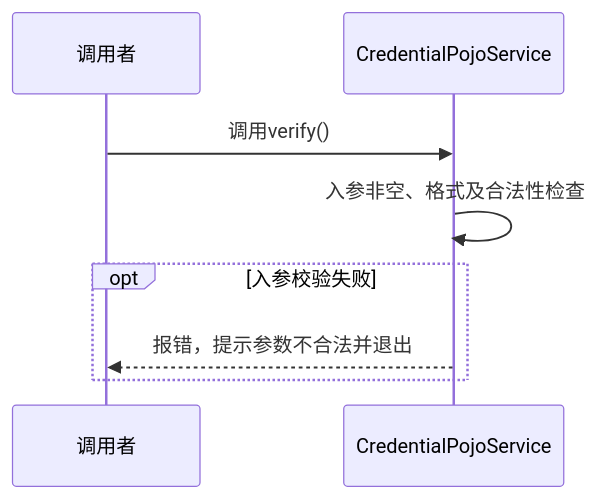
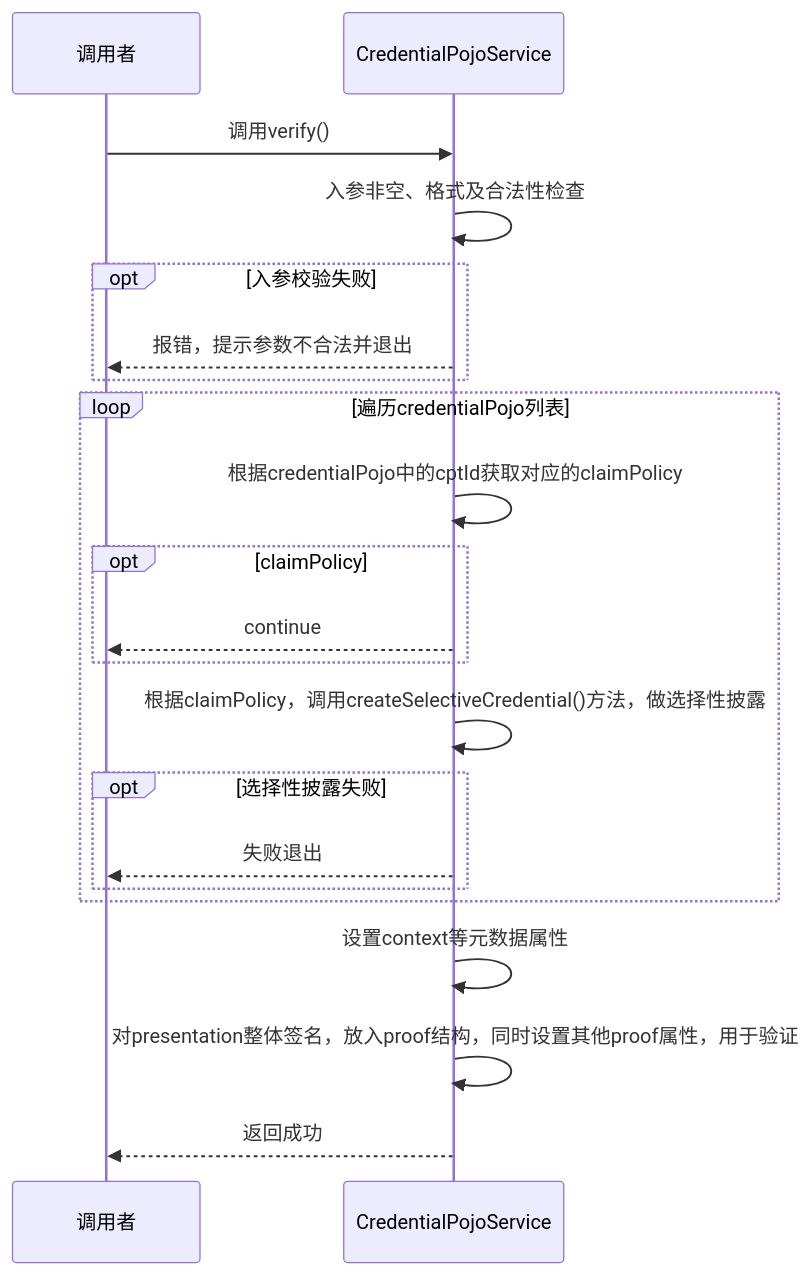
Diagram 31 of 37 in docs/zh_CN/docs/weidentity-java-sdk-doc.rst (WeBankBlockchain/WeIdentity), drawn with Mermaid before and after one commit. The commit also changed other lines of this file, not shown here.

Commit message:
* fix sequence diagram error

```diff
--- a/docs/zh_CN/docs/weidentity-java-sdk-doc.rst
+++ b/docs/zh_CN/docs/weidentity-java-sdk-doc.rst
@@ -9869,11 +9869,24 @@
 .. mermaid::
 
 
    sequenceDiagram
    participant 调用者
    participant CredentialPojoService
    调用者->>CredentialPojoService: 调用verify()
    CredentialPojoService->>CredentialPojoService: 入参非空、格式及合法性检查
    opt 入参校验失败
    CredentialPojoService-->>调用者: 报错，提示参数不合法并退出
    end
+   loop 遍历credentialPojo列表
+   CredentialPojoService->>CredentialPojoService: 根据credentialPojo中的cptId获取对应的claimPolicy
+   opt claimPolicy
+   CredentialPojoService-->>调用者: continue
+   end
+   CredentialPojoService->>CredentialPojoService: 根据claimPolicy，调用createSelectiveCredential()方法，做选择性披露
+   opt 选择性披露失败
+   CredentialPojoService-->>调用者: 失败退出
+   end
+   end
+   CredentialPojoService->>CredentialPojoService: 设置context等元数据属性
+   CredentialPojoService->>CredentialPojoService: 对presentation整体签名，放入proof结构，同时设置其他proof属性，用于验证
+   CredentialPojoService-->>调用者: 返回成功
```
